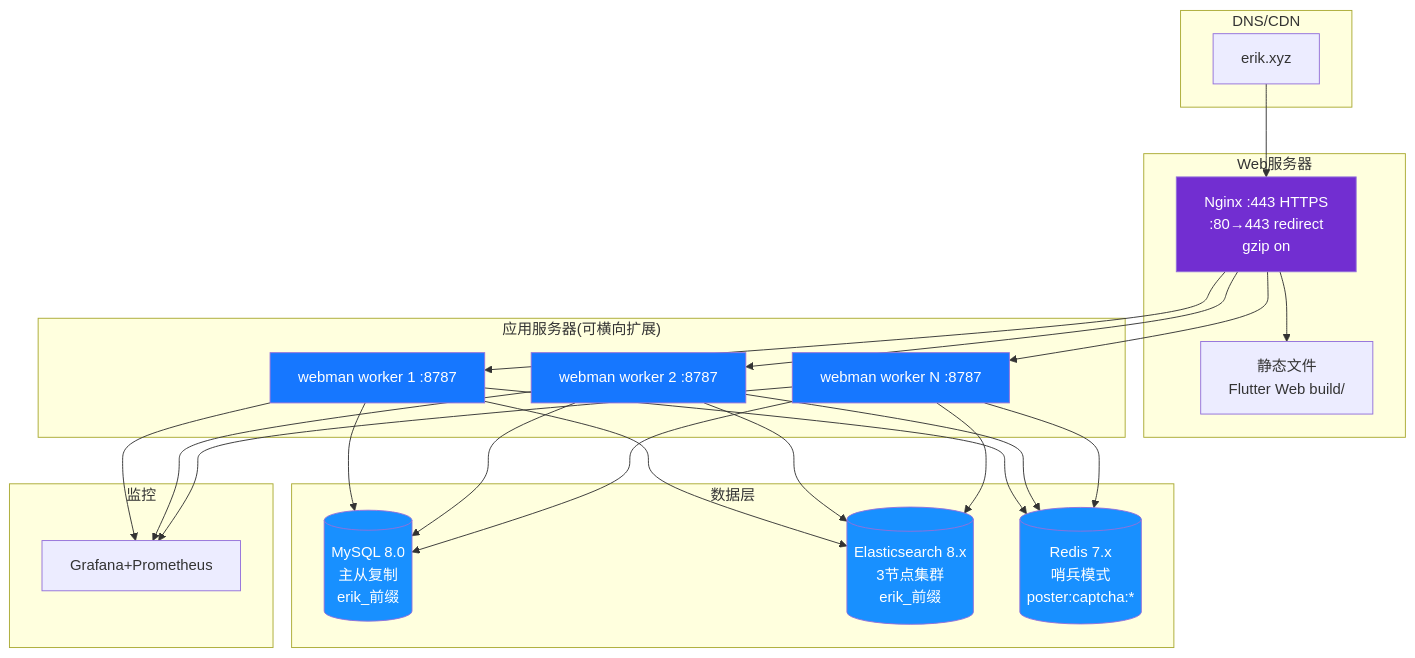
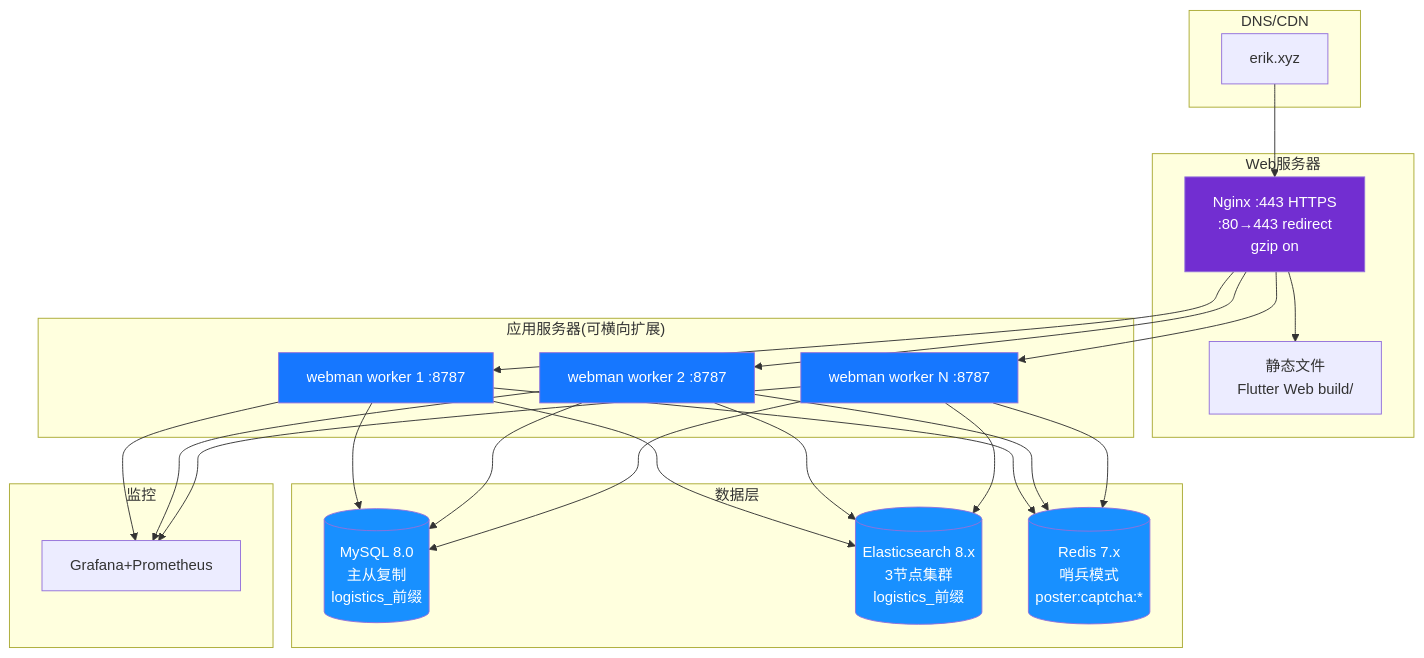
The diagram in admin/docs/diagrams/12-deployment.md (erikwang2013/integrated-global-logistics), drawn with Mermaid before and after one commit. The commit also changed 211 other files, not shown here.

````diff
--- a/admin/docs/diagrams/12-deployment.md
+++ b/admin/docs/diagrams/12-deployment.md
@@ -3,45 +3,45 @@
 ```mermaid
 flowchart TB
     subgraph dns["DNS/CDN"]
         domain["erik.xyz"]
     end
 
     subgraph web["Web服务器"]
         nginx["Nginx :443 HTTPS<br/>:80→443 redirect<br/>gzip on"]
         static["静态文件<br/>Flutter Web build/"]
     end
 
     subgraph app["应用服务器(可横向扩展)"]
         wm1["webman worker 1 :8787"]
         wm2["webman worker 2 :8787"]
         wm3["webman worker N :8787"]
     end
 
     subgraph data["数据层"]
-        mysql[("MySQL 8.0<br/>主从复制<br/>erik_前缀")]
-        es[("Elasticsearch 8.x<br/>3节点集群<br/>erik_前缀")]
+        mysql[("MySQL 8.0<br/>主从复制<br/>logistics_前缀")]
+        es[("Elasticsearch 8.x<br/>3节点集群<br/>logistics_前缀")]
         redis[("Redis 7.x<br/>哨兵模式<br/>poster:captcha:*")]
     end
 
     subgraph monitor["监控"]
         grafana["Grafana+Prometheus"]
     end
 
     domain --> nginx
     nginx --> static
     nginx --> wm1
     nginx --> wm2
     nginx --> wm3
     wm1 & wm2 & wm3 --> mysql
     wm1 & wm2 & wm3 --> es
     wm1 & wm2 & wm3 --> redis
     wm1 & wm2 & wm3 --> grafana
 
     style nginx fill:#722ED1,color:#fff
     style wm1 fill:#1677FF,color:#fff
     style wm2 fill:#1677FF,color:#fff
     style wm3 fill:#1677FF,color:#fff
     style mysql fill:#1890FF,color:#fff
     style es fill:#1890FF,color:#fff
     style redis fill:#1890FF,color:#fff
 ```
````
